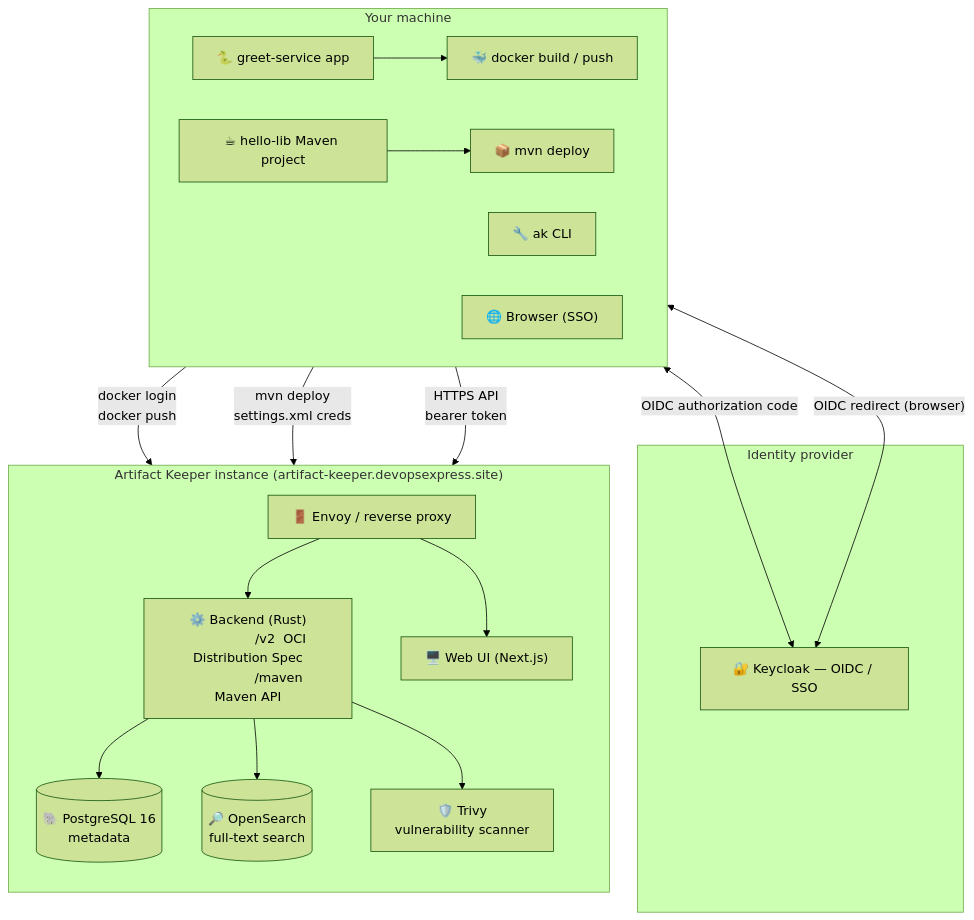
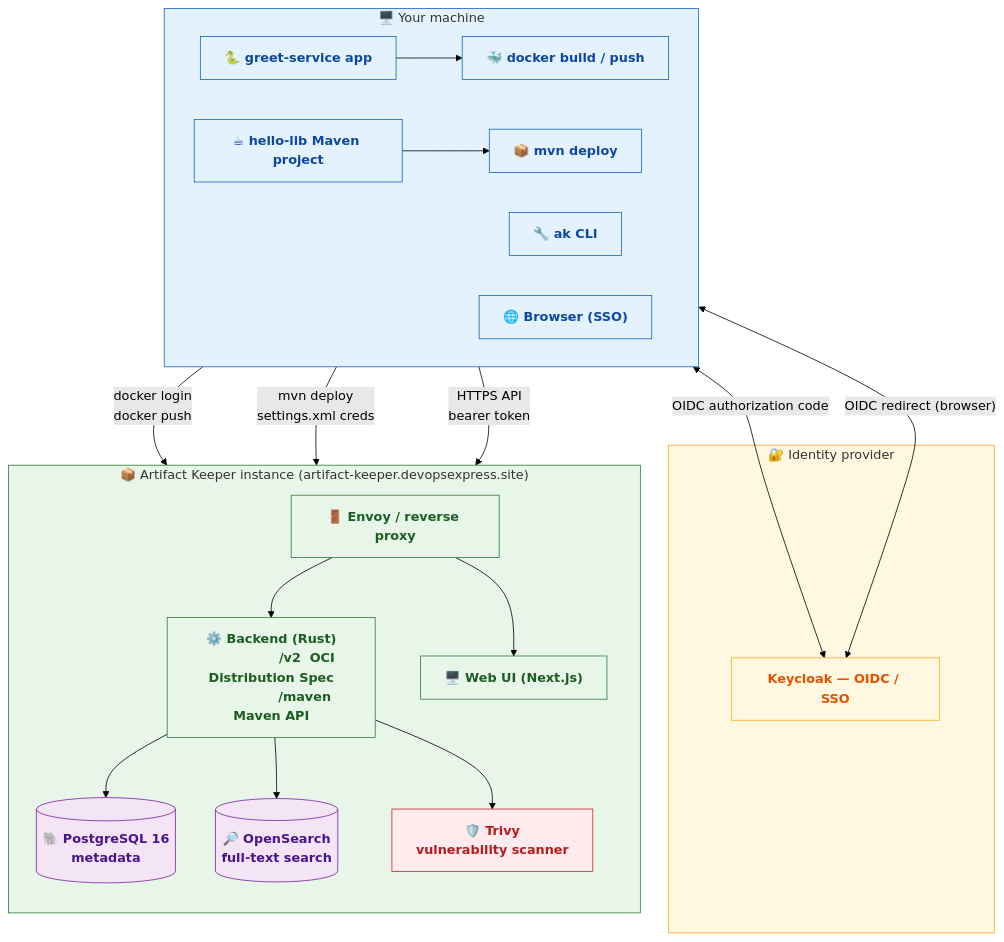
Before and after one commit to Orpere/artifactory-keeper-demo: the diagram in docs/00-overview.md, drawn with Mermaid (forest theme). The commit also changed other lines of this file and 17 other files, not shown here.

First line of the commit message:
Colorize: brand-colored icons + color-coded mermaid diagrams

````diff
--- a/docs/00-overview.md
+++ b/docs/00-overview.md
@@ -41,40 +41,56 @@
 ```mermaid
 flowchart TB
-    subgraph Client["Your machine"]
+    classDef client  fill:#E3F2FD,stroke:#1565C0,color:#0D47A1,font-weight:bold
+    classDef identity fill:#FFF8E1,stroke:#F9A825,color:#E65100,font-weight:bold
+    classDef registry fill:#E8F5E9,stroke:#2E7D32,color:#1B5E20,font-weight:bold
+    classDef storage  fill:#F3E5F5,stroke:#7B1FA2,color:#4A148C,font-weight:bold
+    classDef security fill:#FFEBEE,stroke:#C62828,color:#B71C1C,font-weight:bold
+
+    subgraph Client["🖥️ Your machine"]
         direction LR
         PY["🐍 greet-service app"] --> DOCKER["🐳 docker build / push"]
         JAVA["☕ hello-lib Maven project"] --> MVN["📦 mvn deploy"]
         CLI["🔧 ak CLI"]
         BROWSER["🌐 Browser (SSO)"]
     end
 
-    subgraph Identity["Identity provider"]
-        KC["🔐 Keycloak — OIDC / SSO"]
+    subgraph Identity["🔐 Identity provider"]
+        KC["Keycloak — OIDC / SSO"]
     end
 
-    subgraph Registry["Artifact Keeper instance (artifact-keeper.devopsexpress.site)"]
+    subgraph Registry["📦 Artifact Keeper instance (artifact-keeper.devopsexpress.site)"]
         direction TB
         PROXY["🚪 Envoy / reverse proxy"]
         BACKEND["⚙️ Backend (Rust)
                  /v2  OCI Distribution Spec
                  /maven  Maven API"]
         WEB["🖥️ Web UI (Next.js)"]
         PG[("🐘 PostgreSQL 16
              metadata")]
         OS[("🔎 OpenSearch
              full-text search")]
         TRIVY["🛡️ Trivy
                vulnerability scanner"]
         PROXY --> BACKEND & WEB
         BACKEND --> PG & OS & TRIVY
     end
 
     DOCKER -->|"docker login
                docker push"| PROXY
     MVN -->|"mvn deploy
                settings.xml creds"| PROXY
     CLI -->|"HTTPS API
                bearer token"| PROXY
     BROWSER <-->|"OIDC authorization code"| KC
     CLI <-->|"OIDC redirect (browser)"| KC
+
+    style Client fill:#E3F2FD,stroke:#1565C0
+    style Identity fill:#FFF8E1,stroke:#F9A825
+    style Registry fill:#E8F5E9,stroke:#2E7D32
+
+    class PY,DOCKER,JAVA,MVN,CLI,BROWSER client
+    class KC identity
+    class PROXY,BACKEND,WEB registry
+    class PG,OS storage
+    class TRIVY security
 ```
````
